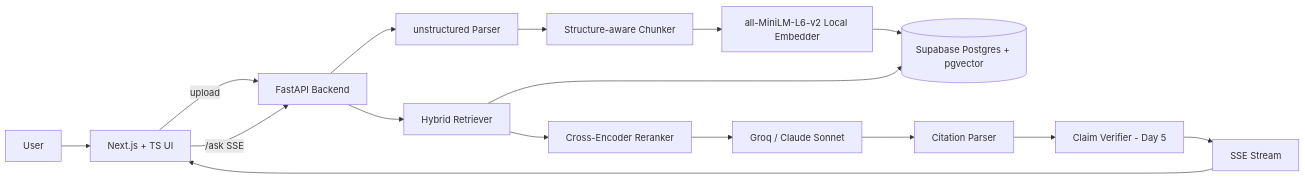
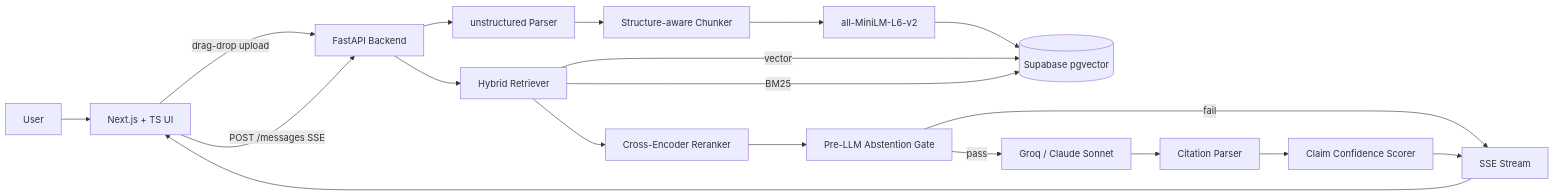
Before and after one commit to Utkarsh272/rag-grounded: the diagram in README.md, drawn with Mermaid. The commit also changed other lines of this file and 11 other files, not shown here.

Commit message:
Days 5–6: abstention, confidence scoring, full chat UI, sample document

````diff
--- a/README.md
+++ b/README.md
@@ -23,18 +24,21 @@
 ```mermaid
 graph LR
     User[User] --> UI[Next.js + TS UI]
-    UI -->|upload| API[FastAPI Backend]
-    UI -->|/ask SSE| API
+    UI -->|drag-drop upload| API[FastAPI Backend]
+    UI -->|POST /messages SSE| API
     API --> Parser[unstructured Parser]
     Parser --> Chunker[Structure-aware Chunker]
-    Chunker --> Embedder[all-MiniLM-L6-v2 Local Embedder]
-    Embedder --> PG[(Supabase Postgres + pgvector)]
-    API --> Retriever[Hybrid Retriever]
-    Retriever --> PG
-    Retriever --> Reranker[Cross-Encoder Reranker]
-    Reranker --> LLM[Groq / Claude Sonnet]
+    Chunker --> Embedder[all-MiniLM-L6-v2]
+    Embedder --> PG[(Supabase pgvector)]
+    API --> Hybrid[Hybrid Retriever]
+    Hybrid -->|vector| PG
+    Hybrid -->|BM25| PG
+    Hybrid --> Reranker[Cross-Encoder Reranker]
+    Reranker --> Abstention[Pre-LLM Abstention Gate]
+    Abstention -->|pass| LLM[Groq / Claude Sonnet]
+    Abstention -->|fail| SSE
     LLM --> CitParser[Citation Parser]
-    CitParser --> Verifier[Claim Verifier - Day 5]
-    Verifier --> SSE[SSE Stream]
+    CitParser --> Confidence[Claim Confidence Scorer]
+    Confidence --> SSE[SSE Stream]
     SSE --> UI
 ```
````
